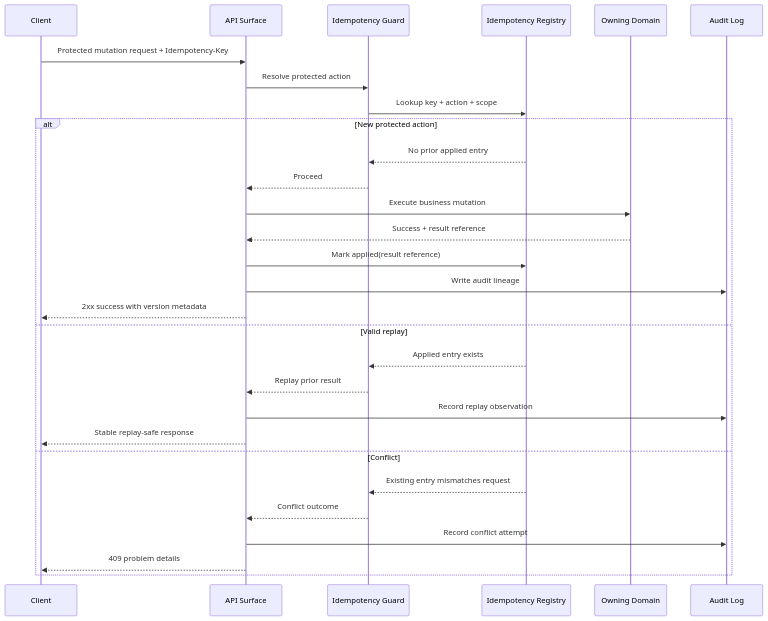
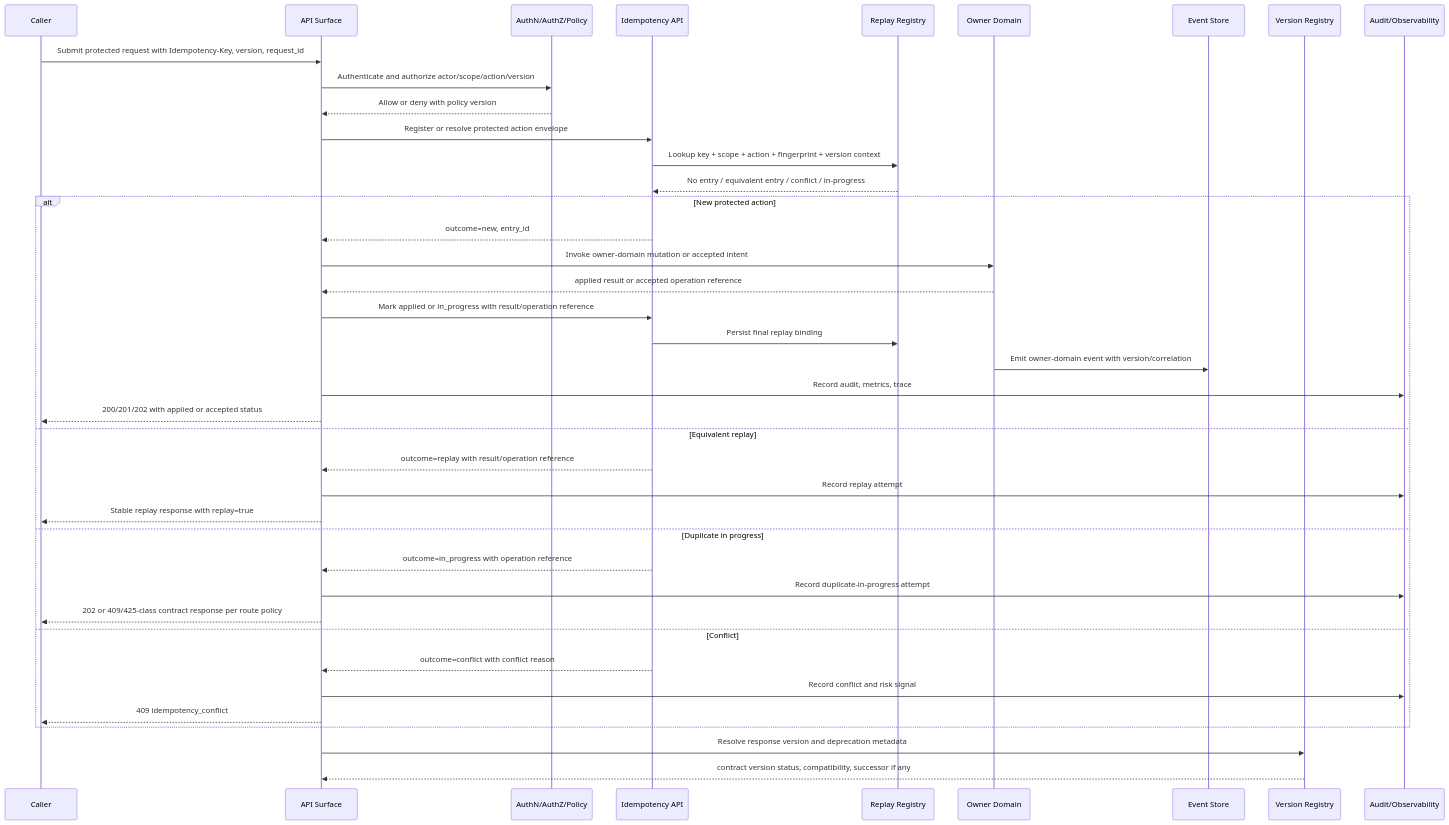
Before and after one commit to fuze-ac/api-specs: the third of 3 diagrams in IDEMPOTENCY_AND_VERSIONING_SPEC.md, drawn with Mermaid. The commit also changed other lines of this file and 50 other files, not shown here.

````diff
--- a/IDEMPOTENCY_AND_VERSIONING_SPEC.md
+++ b/IDEMPOTENCY_AND_VERSIONING_SPEC.md
@@ -1112,32 +612,45 @@
 ```mermaid
 sequenceDiagram
-    participant C as Client
-    participant API as API Surface
-    participant G as Idempotency Guard
-    participant R as Idempotency Registry
-    participant D as Owning Domain
-    participant A as Audit Log
+  participant C as Caller
+  participant API as API Surface
+  participant AUTH as AuthN/AuthZ/Policy
+  participant IDEM as Idempotency API
+  participant STORE as Replay Registry
+  participant DOM as Owner Domain
+  participant EVT as Event Store
+  participant VER as Version Registry
+  participant AUD as Audit/Observability
 
-    C->>API: Protected mutation request + Idempotency-Key
-    API->>G: Resolve protected action
-    G->>R: Lookup key + action + scope
-    alt New protected action
-        R-->>G: No prior applied entry
-        G-->>API: Proceed
-        API->>D: Execute business mutation
-        D-->>API: Success + result reference
-        API->>R: Mark applied(result reference)
-        API->>A: Write audit lineage
-        API-->>C: 2xx success with version metadata
-    else Valid replay
-        R-->>G: Applied entry exists
-        G-->>API: Replay prior result
-        API->>A: Record replay observation
-        API-->>C: Stable replay-safe response
-    else Conflict
-        R-->>G: Existing entry mismatches request
-        G-->>API: Conflict outcome
-        API->>A: Record conflict attempt
-        API-->>C: 409 problem details
-    end
+  C->>API: Submit protected request with Idempotency-Key, version, request_id
+  API->>AUTH: Authenticate and authorize actor/scope/action/version
+  AUTH-->>API: Allow or deny with policy version
+  API->>IDEM: Register or resolve protected action envelope
+  IDEM->>STORE: Lookup key + scope + action + fingerprint + version context
+  STORE-->>IDEM: No entry / equivalent entry / conflict / in-progress
+
+  alt New protected action
+    IDEM-->>API: outcome=new, entry_id
+    API->>DOM: Invoke owner-domain mutation or accepted intent
+    DOM-->>API: applied result or accepted operation reference
+    API->>IDEM: Mark applied or in_progress with result/operation reference
+    IDEM->>STORE: Persist final replay binding
+    DOM->>EVT: Emit owner-domain event with version/correlation
+    API->>AUD: Record audit, metrics, trace
+    API-->>C: 200/201/202 with applied or accepted status
+  else Equivalent replay
+    IDEM-->>API: outcome=replay with result/operation reference
+    API->>AUD: Record replay attempt
+    API-->>C: Stable replay response with replay=true
+  else Duplicate in progress
+    IDEM-->>API: outcome=in_progress with operation reference
+    API->>AUD: Record duplicate-in-progress attempt
+    API-->>C: 202 or 409/425-class contract response per route policy
+  else Conflict
+    IDEM-->>API: outcome=conflict with conflict reason
+    API->>AUD: Record conflict and risk signal
+    API-->>C: 409 idempotency_conflict
+  end
+
+  API->>VER: Resolve response version and deprecation metadata
+  VER-->>API: contract version status, compatibility, successor if any
 ```
````
